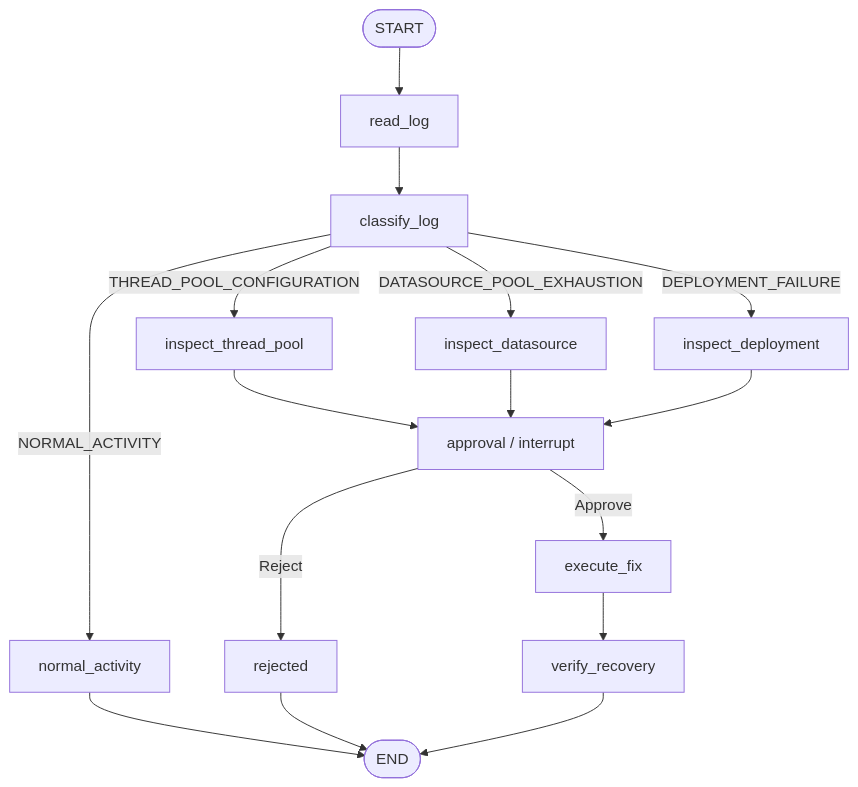
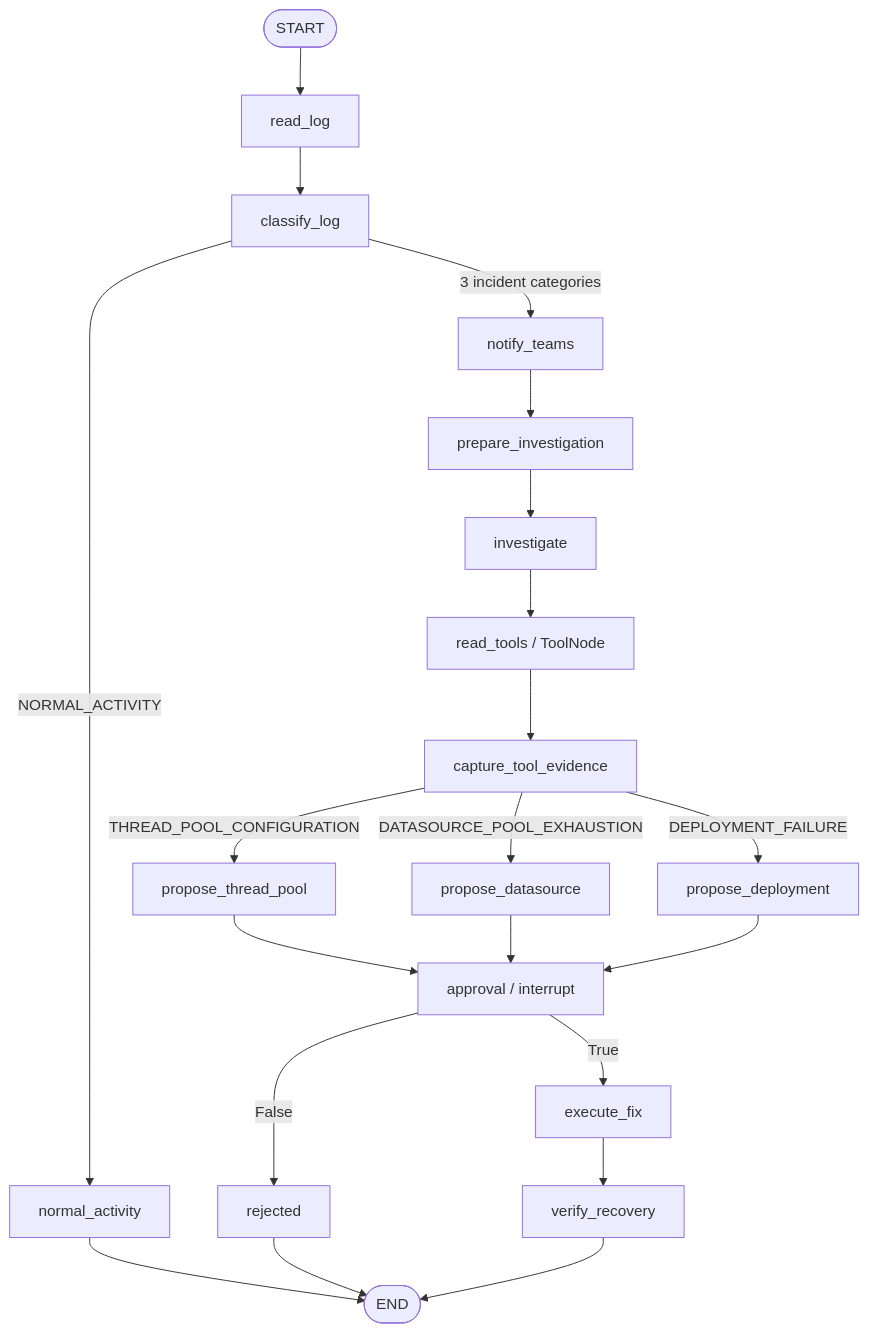
Before and after one commit to nasu149/jboss-agent-prod: the second of 3 diagrams in docs/LEARNING_GUIDE.md, drawn with Mermaid. The commit also changed other lines of this file and 1 other file, not shown here.

Commit message:
docs: describe current agent architecture and flow

````diff
--- a/docs/LEARNING_GUIDE.md
+++ b/docs/LEARNING_GUIDE.md
@@ -7,21 +40,30 @@
 ```mermaid
 flowchart TD
-    S([START]) --> RL[read_log]
+    START([START]) --> RL[read_log]
     RL --> CL[classify_log]
-    CL -->|THREAD_POOL_CONFIGURATION| TP[inspect_thread_pool]
-    CL -->|DATASOURCE_POOL_EXHAUSTION| DS[inspect_datasource]
-    CL -->|DEPLOYMENT_FAILURE| DP[inspect_deployment]
-    CL -->|NORMAL_ACTIVITY| N[normal_activity]
 
-    TP --> A[approval / interrupt]
-    DS --> A
-    DP --> A
+    CL -->|NORMAL_ACTIVITY| NORMAL[normal_activity]
+    CL -->|3 incident categories| TEAMS[notify_teams]
 
-    A -->|Approve| W[execute_fix]
-    A -->|Reject| R[rejected]
-    W --> V[verify_recovery]
+    TEAMS --> PREP[prepare_investigation]
+    PREP --> INV[investigate]
+    INV --> TOOLS[read_tools / ToolNode]
+    TOOLS --> CAP[capture_tool_evidence]
 
-    N --> E([END])
-    R --> E
-    V --> E
+    CAP -->|THREAD_POOL_CONFIGURATION| PTP[propose_thread_pool]
+    CAP -->|DATASOURCE_POOL_EXHAUSTION| PDS[propose_datasource]
+    CAP -->|DEPLOYMENT_FAILURE| PDP[propose_deployment]
+
+    PTP --> APPROVAL[approval / interrupt]
+    PDS --> APPROVAL
+    PDP --> APPROVAL
+
+    APPROVAL -->|True| EXEC[execute_fix]
+    APPROVAL -->|False| REJECT[rejected]
+
+    EXEC --> VERIFY[verify_recovery]
+
+    NORMAL --> END([END])
+    REJECT --> END
+    VERIFY --> END
 ```
````
